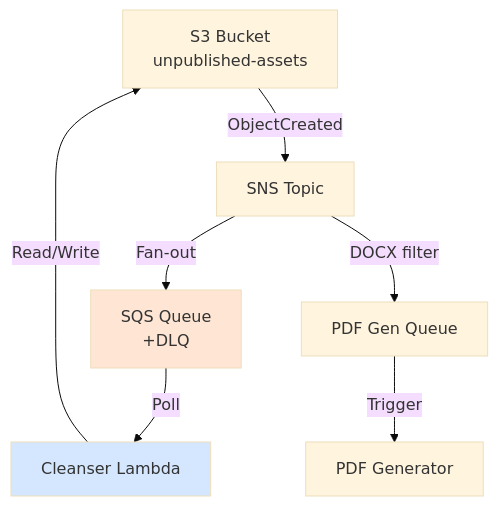
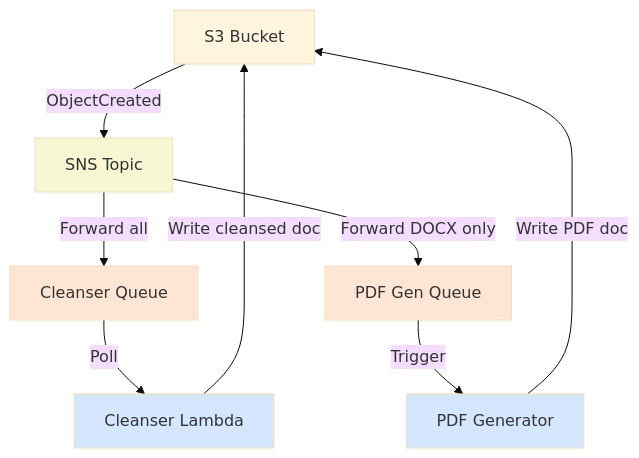
The diagram in doc/adr/0053-automated-document-metadata-cleansing.md (nationalarchives/ds-find-caselaw-docs), drawn with Mermaid (base theme) before and after one commit. The commit also changed other lines of this file, not shown here.

Commit message:
Tighten up mermaid diagram of ADR 53 with additional info

````diff
--- a/doc/adr/0053-automated-document-metadata-cleansing.md
+++ b/doc/adr/0053-automated-document-metadata-cleansing.md
@@ -27,12 +27,16 @@
 ```mermaid
-flowchart TD
-    S3[S3 Bucket<br/>unpublished-assets] -->|ObjectCreated| SNS[SNS Topic]
-    SNS -->|Fan-out| SQS[SQS Queue<br/>+DLQ]
-    SNS -->|DOCX filter| PDFSQS[PDF Gen Queue]
-    SQS -->|Poll| Lambda[Cleanser Lambda]
-    Lambda -->|Read/Write| S3
-    PDFSQS -->|Trigger| PDFGen[PDF Generator]
+flowchart TB
+      S3[S3 Bucket] -->|ObjectCreated| SNS[SNS Topic]
+      SNS -->|Forward all| CleanserSQS[Cleanser Queue]
+      SNS -->|Forward DOCX only| PDFSQS[PDF Gen Queue]
+      CleanserSQS -->|Poll| Lambda[Cleanser Lambda]
+      Lambda -->|Write cleansed doc| S3
+      PDFSQS -->|Trigger| PDFGen[PDF Generator]
+      PDFGen -->|Write PDF doc| S3
 
-    style Lambda fill:#d4e7ff
-    style SQS fill:#ffe6d4
+      style SNS fill:#f7f7d4
+      style Lambda fill:#d4e7ff
+      style PDFGen fill:#d4e7ff
+      style CleanserSQS fill:#ffe6d4
+      style PDFSQS fill:#ffe6d4
 ```
````
